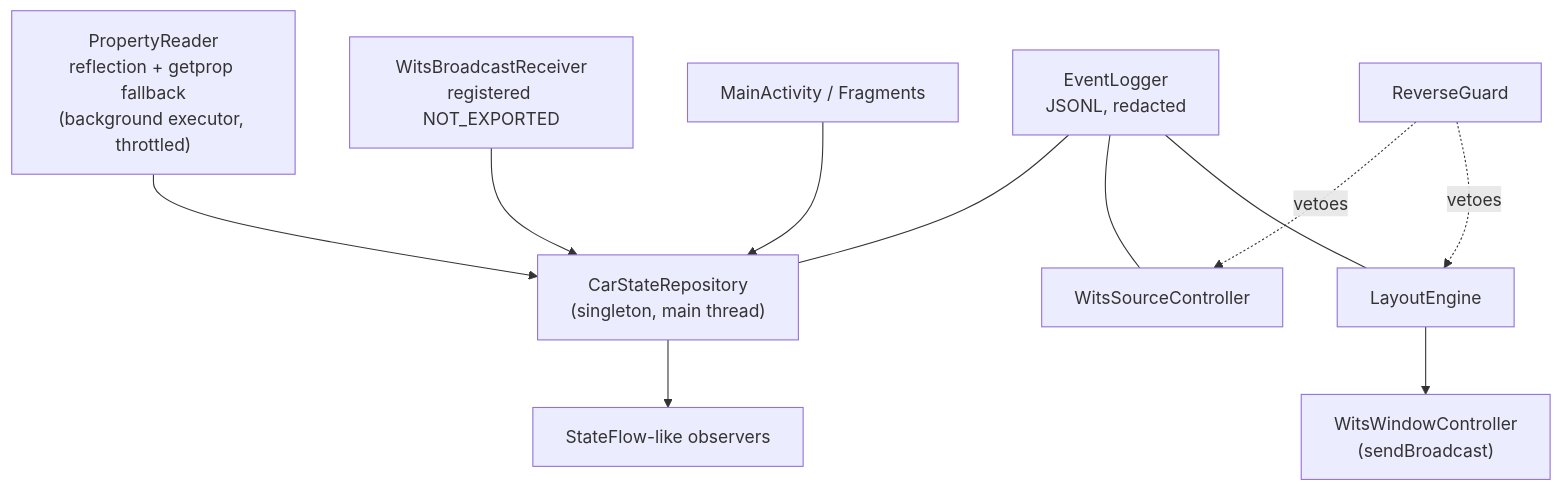
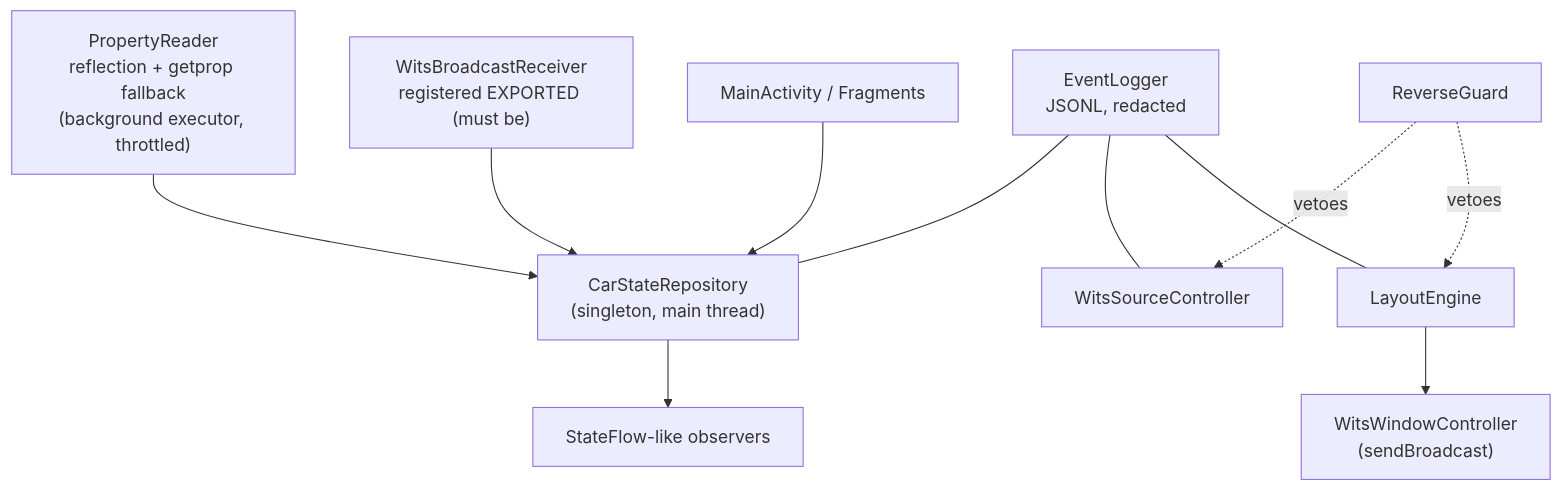
Before and after one commit to MiklerGM/wits-companion: the fifth of 5 diagrams in docs/architecture.md, drawn with Mermaid. The commit also changed 8 other files, not shown here.

````diff
--- a/docs/architecture.md
+++ b/docs/architecture.md
@@ -163,13 +163,13 @@
 ```mermaid
 flowchart TD
     A["MainActivity / Fragments"] --> B["CarStateRepository<br/>(singleton, main thread)"]
-    C["WitsBroadcastReceiver<br/>registered NOT_EXPORTED"] --> B
+    C["WitsBroadcastReceiver<br/>registered EXPORTED (must be)"] --> B
     D["PropertyReader<br/>reflection + getprop fallback<br/>(background executor, throttled)"] --> B
     B --> E["StateFlow-like observers"]
     F["LayoutEngine"] --> G["WitsWindowController<br/>(sendBroadcast)"]
     H["ReverseGuard"] -.->|"vetoes"| F
     H -.->|"vetoes"| I["WitsSourceController"]
     J["EventLogger<br/>JSONL, redacted"] --- F
     J --- I
     J --- B
 ```
````
